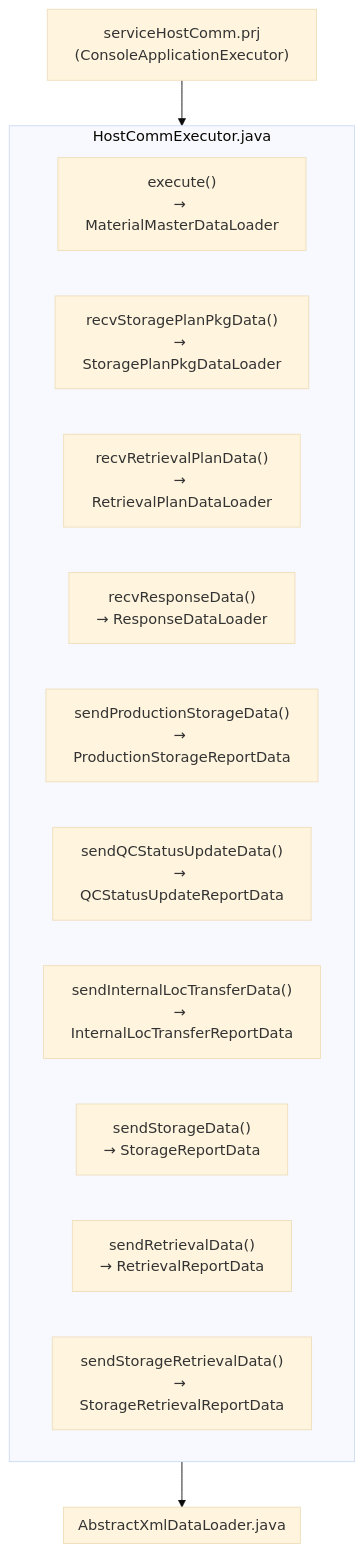
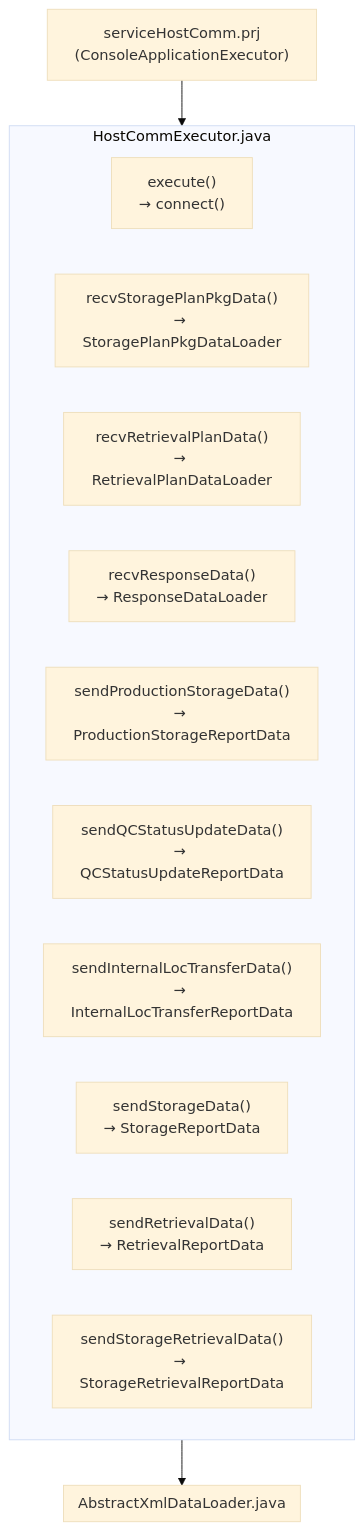
The diagram in Basic-Design/Host-Interfaces.md (luthfiadityaa/SimeDarby-Wiki), drawn with Mermaid (base theme) before and after one commit.

Commit message:
Updated Host Interfaces

```diff
--- a/Basic-Design/Host-Interfaces.md
+++ b/Basic-Design/Host-Interfaces.md
@@ -30,26 +30,26 @@
 ::: mermaid
 flowchart TD
         C1["serviceHostComm.prj<br>(ConsoleApplicationExecutor)"]       
     
         C1 --> HostCommExecutor.java
         AbstractXmlDataLoader.java
         HostCommExecutor.java --> AbstractXmlDataLoader.java
 
 subgraph HostCommExecutor.java
         C2["recvMaterialMasterData()<br>→ MaterialMasterDataLoader"]
         C3["recvStoragePlanPkgData()<br>→ StoragePlanPkgDataLoader"]
         C4["recvRetrievalPlanData()<br>→ RetrievalPlanDataLoader"]
         C5["recvResponseData()<br>→ ResponseDataLoader"]
         C6["sendProductionStorageData()<br>→ ProductionStorageReportData"]
         C7["sendQCStatusUpdateData()<br>→ QCStatusUpdateReportData"]
         C8["sendInternalLocTransferData()<br>→ InternalLocTransferReportData"]
         C9["sendStorageData()<br>→ StorageReportData"]
         C10["sendRetrievalData()<br>→ RetrievalReportData"]
         C11["sendStorageRetrievalData()<br>→ StorageRetrievalReportData"]
 end
 
 subgraph AbstractXmlDataLoader.java
-        C2["execute()<br>→ MaterialMasterDataLoader"]
+        C2["execute()<br>→ connect()"]
 end
 
 :::
```
